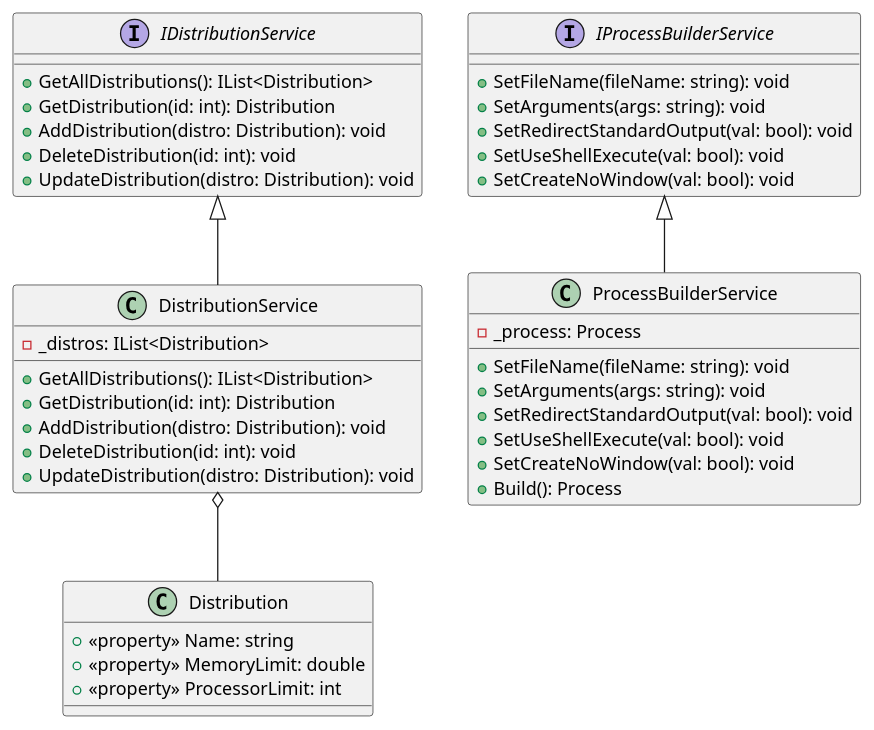
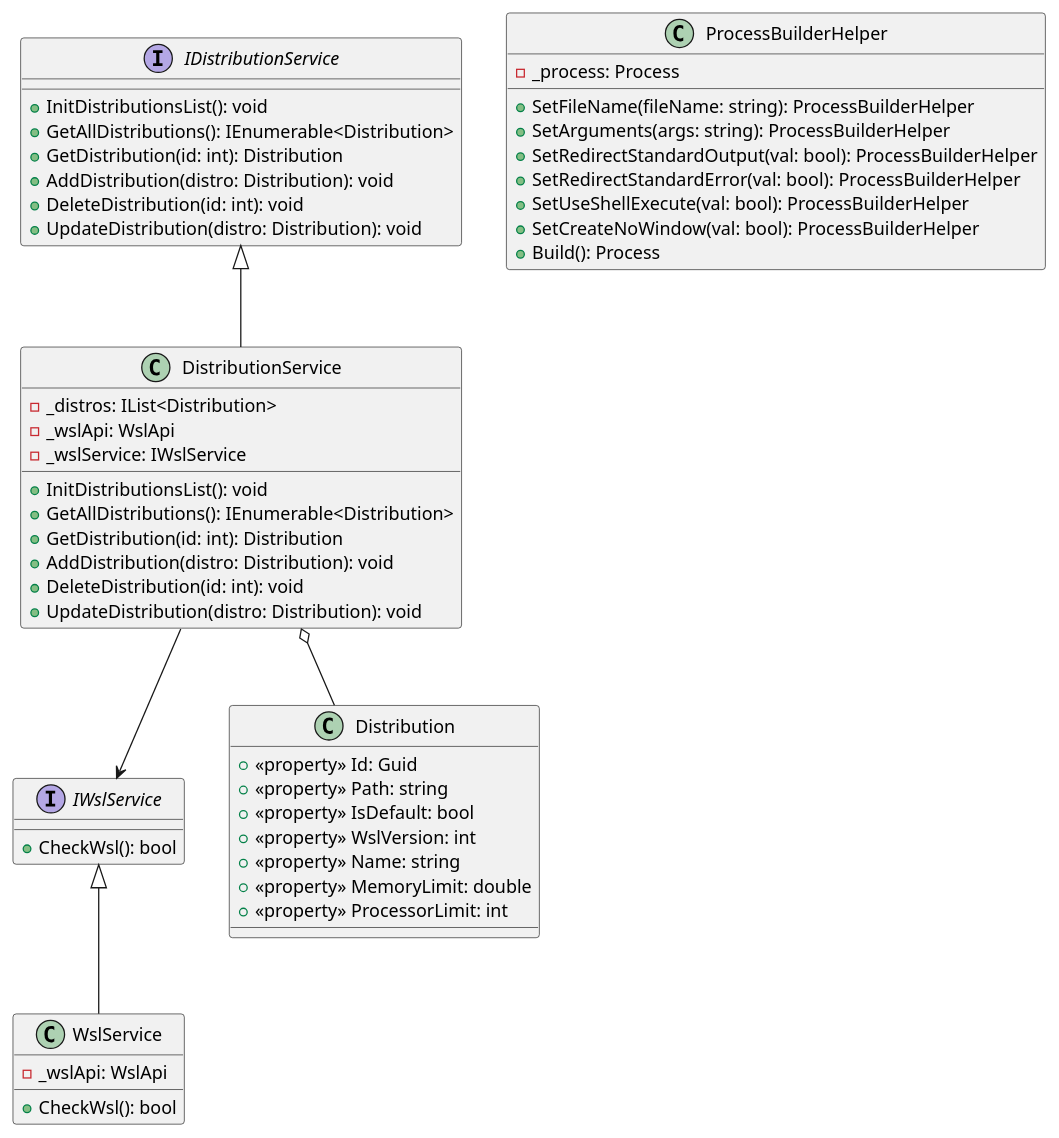
Before and after one commit to NathanQuellec/WSL-Studio: the diagram in WSLStudio/wslstudio_class_diagram.puml, drawn with PlantUML. The commit also changed 3 other files, not shown here.

Commit message:
fix: class diagram update

```diff
--- a/WSLStudio/wslstudio_class_diagram.puml
+++ b/WSLStudio/wslstudio_class_diagram.puml
@@ -1,54 +1,67 @@
 @startuml
 'https://plantuml.com/class-diagram
 
 IDistributionService <|-- DistributionService
+IWslService <|-- WslService
 DistributionService o-- Distribution
-IProcessBuilderService <|-- ProcessBuilderService
+DistributionService --> IWslService
+
+
+class Distribution
+{
+    + <<property>> Id: Guid
+    + <<property>> Path: string
+    + <<property>> IsDefault: bool
+    + <<property>> WslVersion: int
+    + <<property>> Name: string
+    + <<property>> MemoryLimit: double
+    + <<property>> ProcessorLimit: int     
+}
 
 interface IDistributionService
 {
-    + GetAllDistributions(): IList<Distribution>
+	+ InitDistributionsList(): void
+    + GetAllDistributions(): IEnumerable<Distribution>
     + GetDistribution(id: int): Distribution
     + AddDistribution(distro: Distribution): void
     + DeleteDistribution(id: int): void
     + UpdateDistribution(distro: Distribution): void
 }
 
-class Distribution
-{
-    + <<property>> Name: string
-    + <<property>> MemoryLimit: double
-    + <<property>> ProcessorLimit: int
-     
-}
 class DistributionService
 {
 	- _distros: IList<Distribution>
-	+ GetAllDistributions(): IList<Distribution>
+	- _wslApi: WslApi
+	- _wslService: IWslService
+	+ InitDistributionsList(): void
+	+ GetAllDistributions(): IEnumerable<Distribution>
 	+ GetDistribution(id: int): Distribution
 	+ AddDistribution(distro: Distribution): void
 	+ DeleteDistribution(id: int): void
 	+ UpdateDistribution(distro: Distribution): void
 }
 
-interface IProcessBuilderService
+interface IWslService
 {
-    + SetFileName(fileName: string): void
-    + SetArguments(args: string): void
-    + SetRedirectStandardOutput(val: bool): void
-    + SetUseShellExecute(val: bool): void
-    + SetCreateNoWindow(val: bool): void
+	+ CheckWsl(): bool
 }
 
-class ProcessBuilderService
+class WslService
+{
+	- _wslApi: WslApi
+	+ CheckWsl(): bool
+}
+
+class ProcessBuilderHelper
 {
     - _process: Process
-    + SetFileName(fileName: string): void
-    + SetArguments(args: string): void
-    + SetRedirectStandardOutput(val: bool): void
-    + SetUseShellExecute(val: bool): void
-    + SetCreateNoWindow(val: bool): void
+    + SetFileName(fileName: string): ProcessBuilderHelper
+    + SetArguments(args: string): ProcessBuilderHelper
+    + SetRedirectStandardOutput(val: bool): ProcessBuilderHelper
+    + SetRedirectStandardError(val: bool): ProcessBuilderHelper
+    + SetUseShellExecute(val: bool): ProcessBuilderHelper
+    + SetCreateNoWindow(val: bool): ProcessBuilderHelper
     + Build(): Process
 }
 
 @enduml
```
